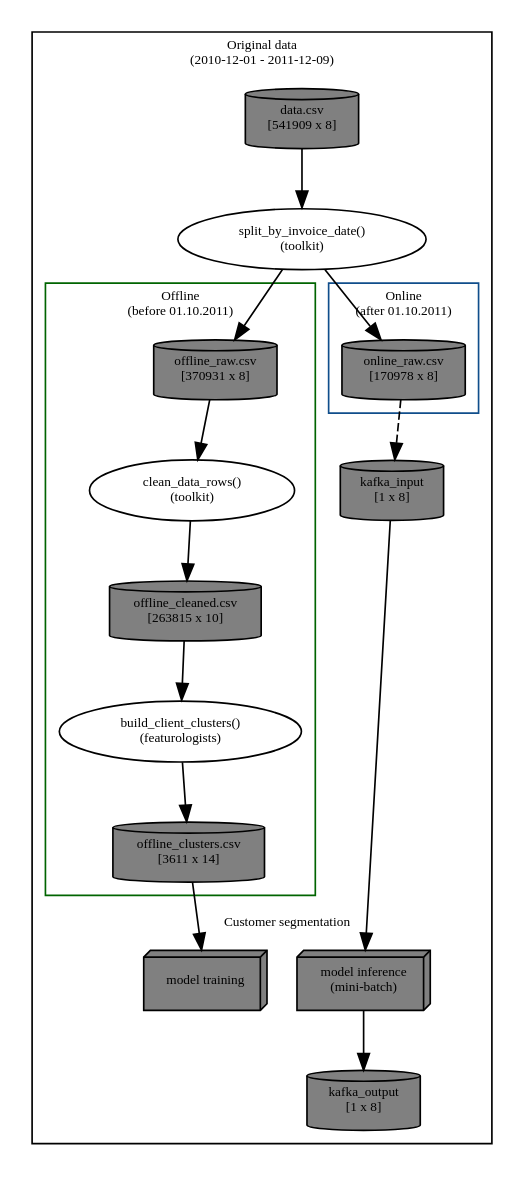
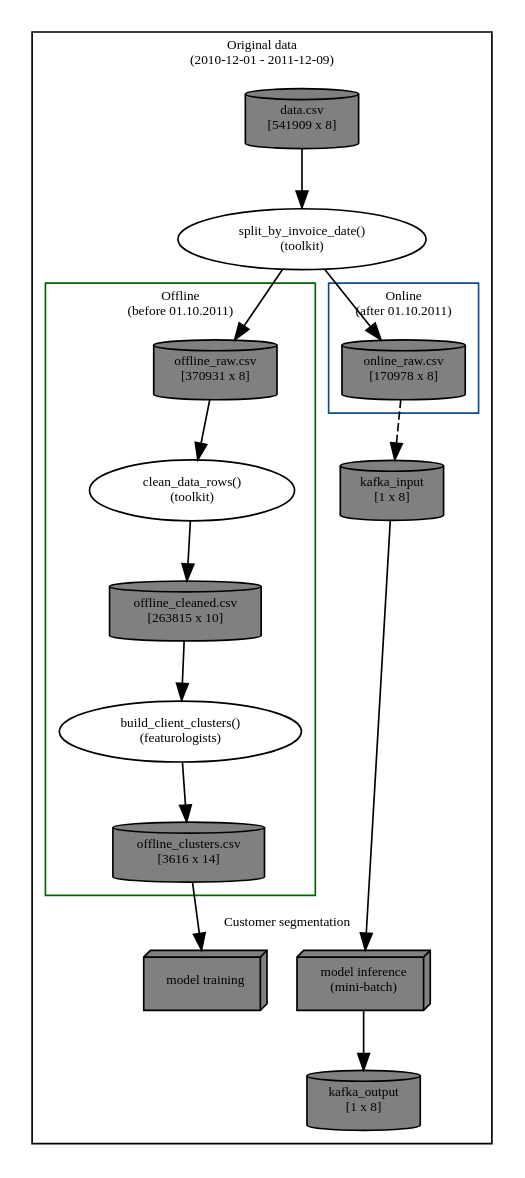
Before and after one commit to geewynn/Featurologists: the diagram in resources/data-flows-diagram/diagram.dot, drawn with Graphviz. The commit also changed 17 other files, not shown here.

```diff
--- a/resources/data-flows-diagram/diagram.dot
+++ b/resources/data-flows-diagram/diagram.dot
@@ -1,58 +1,58 @@
 
 digraph G {
 subgraph cluster_0 {
   label = "Original data\n(2010-12-01 - 2011-12-09)";
   fontsize=8;
   node [shape=cylinder; style=filled; fillcolor=gray; fontsize=8];
   edge [lblstyle="below, sloped"];#; fontsize=8; fontname="times bold"; fontcolor=firebrick3];
 
   data_csv [label="data.csv\n[541909 x 8]"];
   t_split_by_invoice_date [label="split_by_invoice_date()\n(toolkit)", shape=ellipse, fillcolor=white];
   kafka_input [label="kafka_input\n[1 x 8]", shape=cylinder];
 
   data_csv -> t_split_by_invoice_date -> {offline_raw, online_raw};
   online_raw -> kafka_input [style=dashed];
 
   kafka_input -> model_inference;
 
 
 
   subgraph cluster_1 {
     label="Offline\n(before 01.10.2011)";
     color=darkgreen;
 
     offline_raw  [label="offline_raw.csv\n[370931 x 8]"];
     offline_cleaned  [label="offline_cleaned.csv\n[263815 x 10]"];
-    offline_clusters [label="offline_clusters.csv\n[3611 x 14]"];
+    offline_clusters [label="offline_clusters.csv\n[3616 x 14]"];
     t_clean_data_rows [label="clean_data_rows()\n(toolkit)", shape=ellipse, fillcolor=white];
     t_transform [label="build_client_clusters()\n(featurologists)", shape=ellipse, fillcolor=white];
 
     offline_raw -> t_clean_data_rows -> offline_cleaned;
     offline_cleaned -> t_transform -> offline_clusters;
   }
 
   offline_clusters -> model_train;
 
 
 
 
   subgraph cluster_2 {
     label="Online\n(after 01.10.2011)";
     color=dodgerblue4;
 
     online_raw [label="online_raw.csv\n[170978 x 8]"];
 
 
   }
 
   subgraph cluster_3 {
     label="Customer segmentation";
     penwidth=0;
     model_inference [shape=box3d, label="model inference\n(mini-batch)"]
     model_train [shape=box3d, label="model training"]
   }
 
   kafka_output [label="kafka_output\n[1 x 8]", shape=cylinder];
   model_inference -> kafka_output;
 }
 }
```
